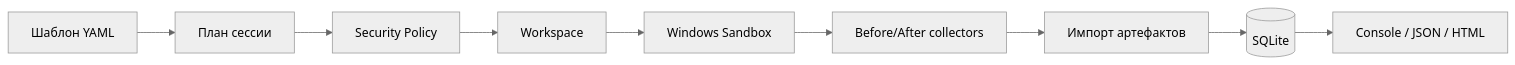
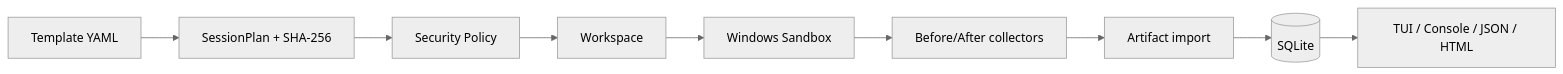
Before and after one commit to Onmaynec/SandForge: the diagram in README.md, drawn with Mermaid (neutral theme). The commit also changed other lines of this file, not shown here.

````diff
--- a/README.md
+++ b/README.md
@@ -145,11 +148,11 @@
 ```mermaid
 flowchart LR
-  T[Шаблон YAML] --> P[План сессии]
+  T[Template YAML] --> P[SessionPlan + SHA-256]
   P --> S[Security Policy]
   S --> W[Workspace]
   W --> B[Windows Sandbox]
   B --> C[Before/After collectors]
-  C --> A[Импорт артефактов]
+  C --> A[Artifact import]
   A --> DB[(SQLite)]
-  DB --> R[Console / JSON / HTML]
+  DB --> R[TUI / Console / JSON / HTML]
 ```
````
